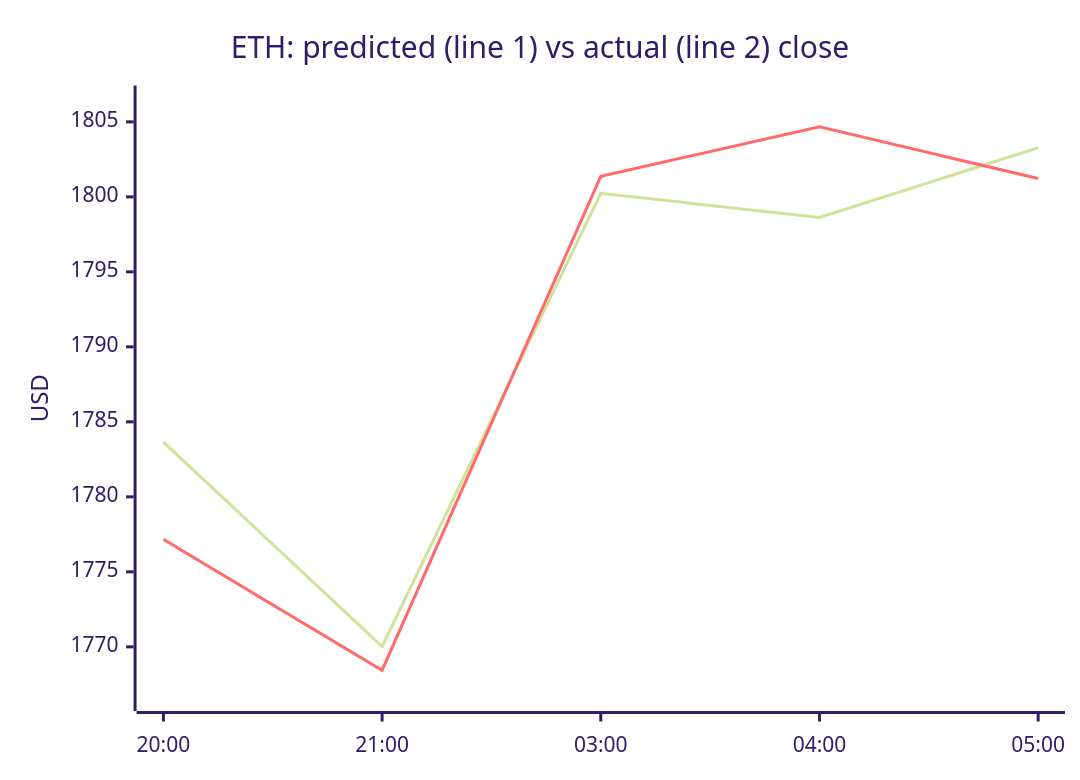
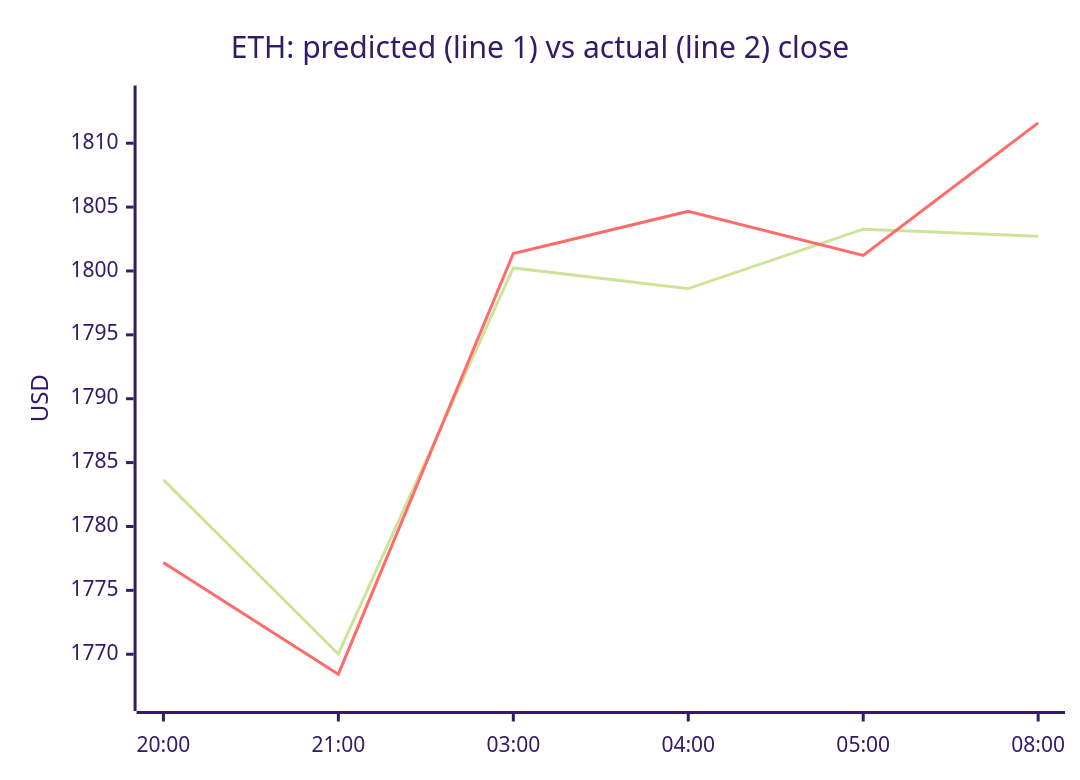
Before and after one commit to samuelkreitl-wq/crypto-hourly-forecaster: the second of 4 diagrams in README.md, drawn with Mermaid (forest theme). The commit also changed other lines of this file and 14 other files, not shown here.

````diff
--- a/README.md
+++ b/README.md
@@ -47,8 +47,8 @@
 ```mermaid
 xychart-beta
     title "ETH: predicted (line 1) vs actual (line 2) close"
-    x-axis ["20:00", "21:00", "03:00", "04:00", "05:00"]
-    y-axis "USD" 1766.6716 --> 1806.4747
-    line [1783.6536, 1770.0216, 1800.2369, 1798.6210, 1803.2721]
-    line [1777.1700, 1768.4400, 1801.3700, 1804.6700, 1801.2200]
+    x-axis ["20:00", "21:00", "03:00", "04:00", "05:00", "08:00"]
+    y-axis "USD" 1766.6716 --> 1813.4016
+    line [1783.6536, 1770.0216, 1800.2369, 1798.6210, 1803.2721, 1802.7104]
+    line [1777.1700, 1768.4400, 1801.3700, 1804.6700, 1801.2200, 1811.5900]
 ```
````
